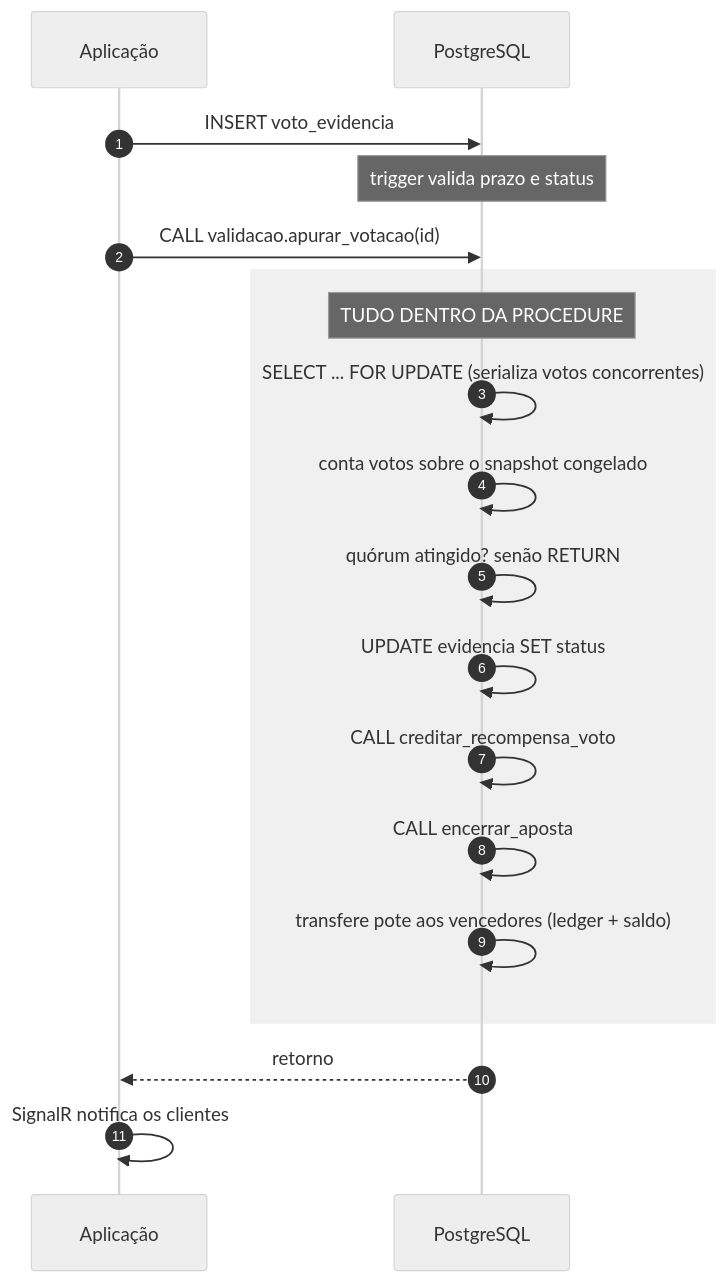
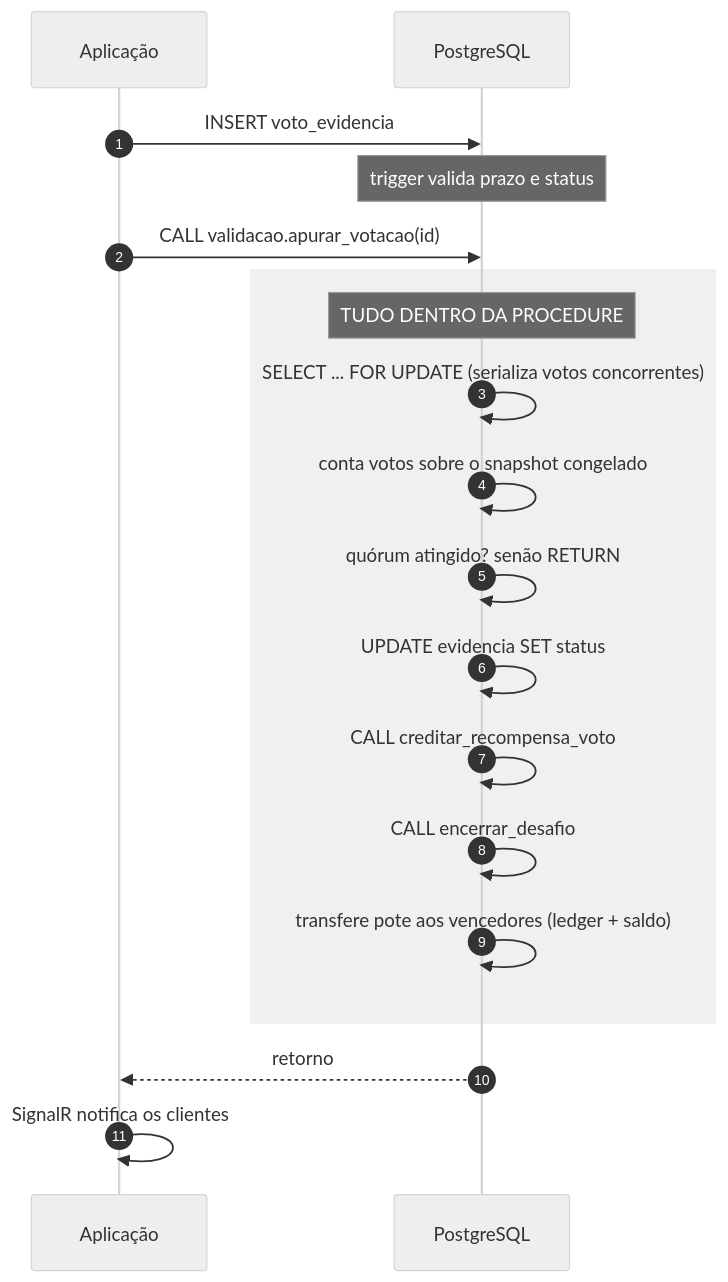
One commit to SecreTavin/A3-banco-de-dados changed the second of 2 diagrams in docs/02-arquitetura/15-integracao-sistema-bd.md. Above: the diagram before and after it, drawn with Mermaid (neutral theme). The commit also changed other lines of this file and 54 other files, not shown here.

First line of the commit message:
docs: desafio no lugar de aposta, DER com chaves, plano por integrante e textos de introducao

````diff
--- a/docs/02-arquitetura/15-integracao-sistema-bd.md
+++ b/docs/02-arquitetura/15-integracao-sistema-bd.md
@@ -64,24 +64,24 @@
 ```mermaid
 sequenceDiagram
     autonumber
     participant APP as Aplicação
     participant PG as PostgreSQL
 
     APP->>PG: INSERT voto_evidencia
     Note over PG: trigger valida prazo e status
     APP->>PG: CALL validacao.apurar_votacao(id)
 
     rect rgb(240, 240, 240)
         Note over PG: TUDO DENTRO DA PROCEDURE
         PG->>PG: SELECT ... FOR UPDATE (serializa votos concorrentes)
         PG->>PG: conta votos sobre o snapshot congelado
         PG->>PG: quórum atingido? senão RETURN
         PG->>PG: UPDATE evidencia SET status
         PG->>PG: CALL creditar_recompensa_voto
-        PG->>PG: CALL encerrar_aposta
+        PG->>PG: CALL encerrar_desafio
         PG->>PG: transfere pote aos vencedores (ledger + saldo)
     end
 
     PG-->>APP: retorno
     APP->>APP: SignalR notifica os clientes
 ```
````
